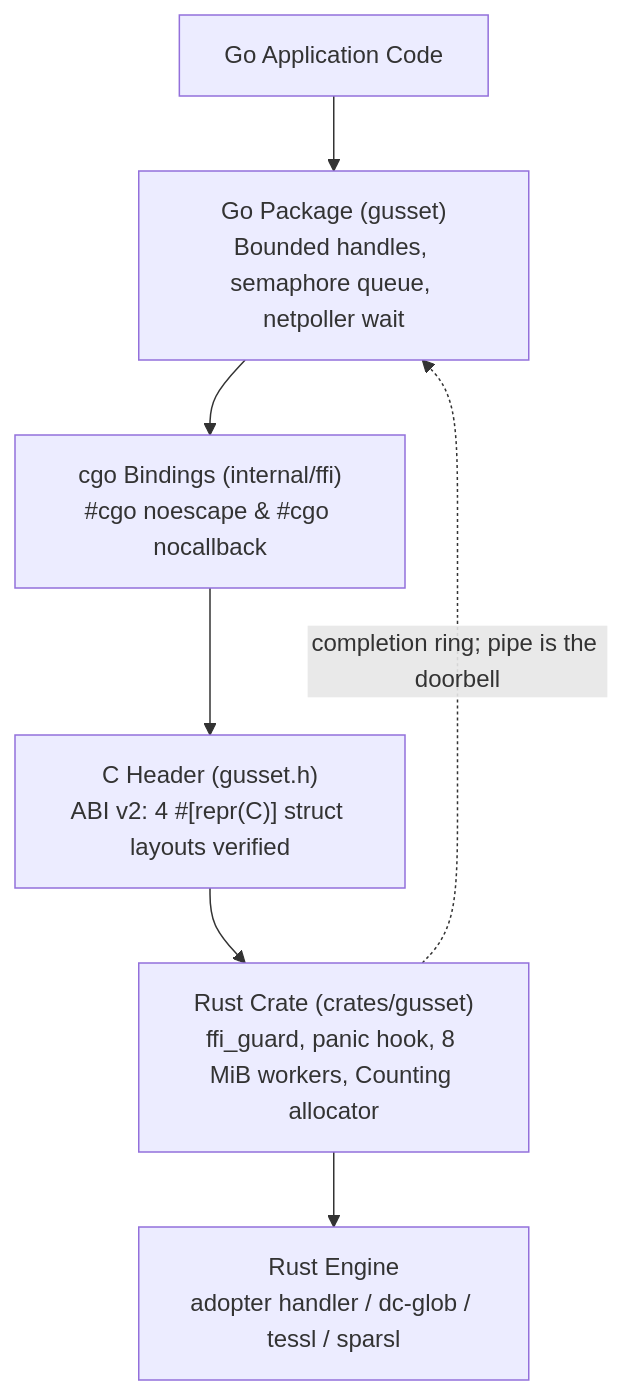
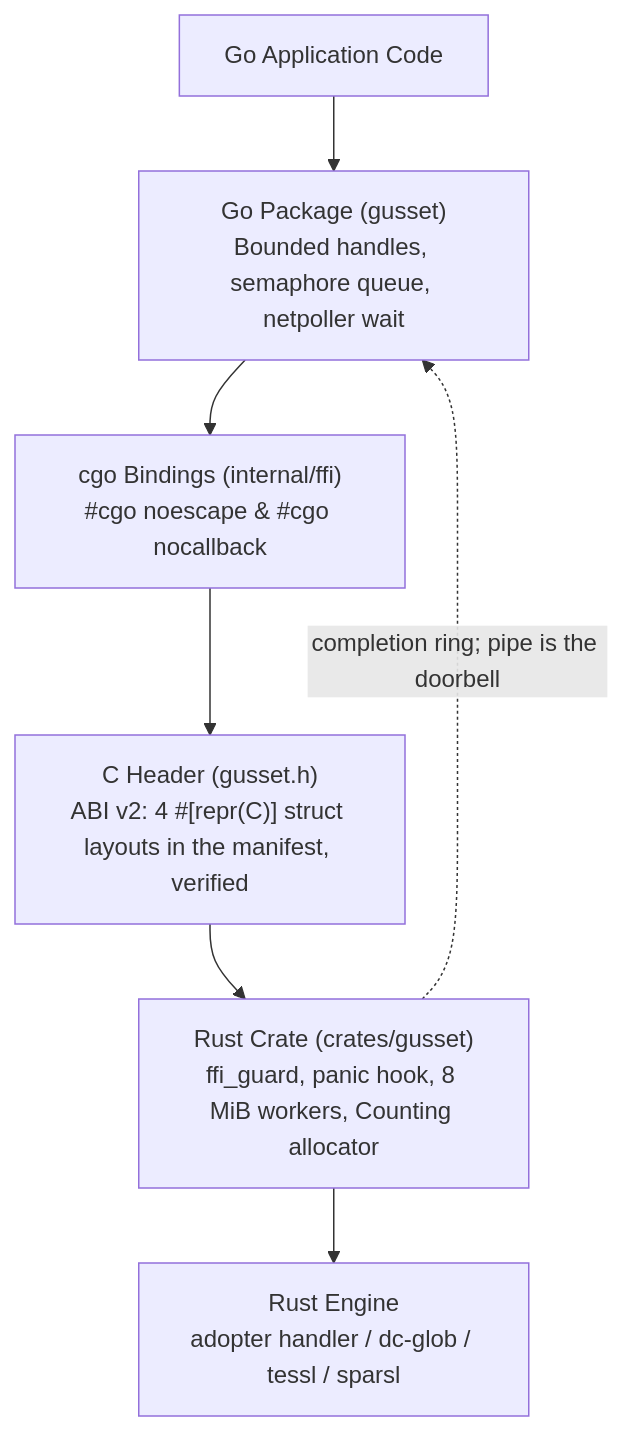
Before and after one commit to bharathvbcr/gusset: the first of 3 diagrams in docs/PLAN.md, drawn with Mermaid. The commit also changed other lines of this file and 12 other files, not shown here.

First line of the commit message:
docs: iceoryx2 facts, the isolate protocol, phase status and every benchmark figure labelled or gone; CHANGELOG

````diff
--- a/docs/PLAN.md
+++ b/docs/PLAN.md
@@ -32,9 +32,9 @@
 ```mermaid
 flowchart TD
     GoApp["Go Application Code"] --> GoPkg["Go Package (gusset)\nBounded handles, semaphore queue, netpoller wait"]
     GoPkg --> CGO["cgo Bindings (internal/ffi)\n#cgo noescape & #cgo nocallback"]
-    CGO --> Header["C Header (gusset.h)\nABI v2: 4 #[repr(C)] struct layouts verified"]
+    CGO --> Header["C Header (gusset.h)\nABI v2: 4 #[repr(C)] struct layouts in the manifest, verified"]
     Header --> RustCrate["Rust Crate (crates/gusset)\nffi_guard, panic hook, 8 MiB workers, Counting allocator"]
     RustCrate --> RustEngine["Rust Engine\nadopter handler / dc-glob / tessl / sparsl"]
     RustCrate -. "completion ring; pipe is the doorbell" .-> GoPkg
 ```
````
